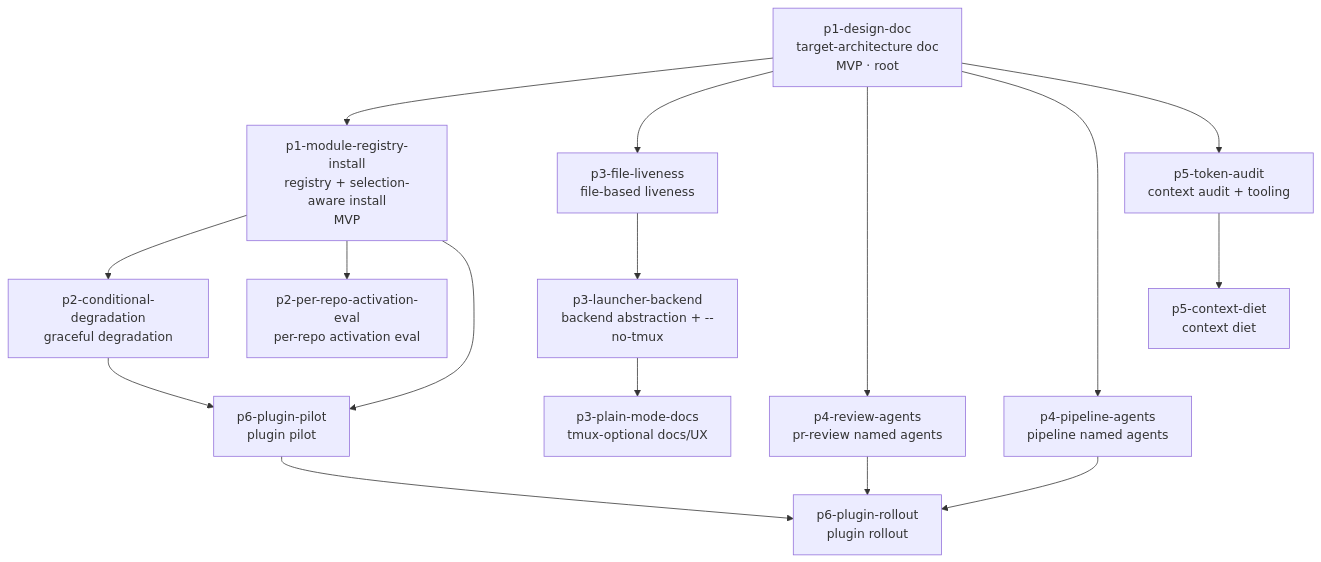
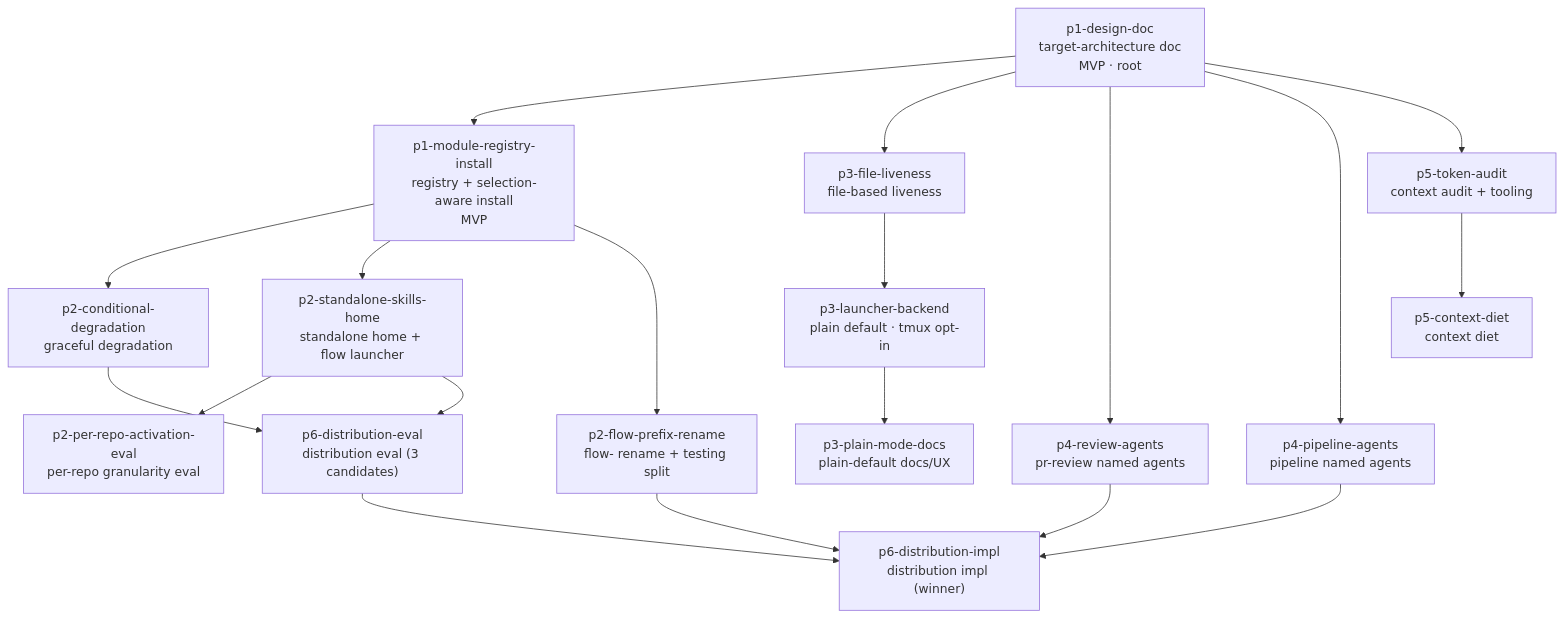
The diagram in .flow/epics/major-refactor-flow-modular-plugin/design.md (gavingolden/flow), drawn with Mermaid before and after one commit. The commit also changed other lines of this file and 1 other file, not shown here.

First line of the commit message:
feat(epic): fold design-review redirect into epic

````diff
--- a/.flow/epics/major-refactor-flow-modular-plugin/design.md
+++ b/.flow/epics/major-refactor-flow-modular-plugin/design.md
@@ -302,31 +466,36 @@
 ```mermaid
 graph TD
     n1["p1-design-doc<br/>target-architecture doc<br/>MVP · root"]
     n2["p1-module-registry-install<br/>registry + selection-aware install<br/>MVP"]
     n3["p2-conditional-degradation<br/>graceful degradation"]
-    n4["p2-per-repo-activation-eval<br/>per-repo activation eval"]
-    n5["p3-file-liveness<br/>file-based liveness"]
-    n6["p3-launcher-backend<br/>backend abstraction + --no-tmux"]
-    n7["p3-plain-mode-docs<br/>tmux-optional docs/UX"]
-    n8["p4-review-agents<br/>pr-review named agents"]
-    n9["p4-pipeline-agents<br/>pipeline named agents"]
-    n10["p5-token-audit<br/>context audit + tooling"]
-    n11["p5-context-diet<br/>context diet"]
-    n12["p6-plugin-pilot<br/>plugin pilot"]
-    n13["p6-plugin-rollout<br/>plugin rollout"]
+    n4["p2-standalone-skills-home<br/>standalone home + flow launcher"]
+    n5["p2-flow-prefix-rename<br/>flow- rename + testing split"]
+    n6["p2-per-repo-activation-eval<br/>per-repo granularity eval"]
+    n7["p3-file-liveness<br/>file-based liveness"]
+    n8["p3-launcher-backend<br/>plain default · tmux opt-in"]
+    n9["p3-plain-mode-docs<br/>plain-default docs/UX"]
+    n10["p4-review-agents<br/>pr-review named agents"]
+    n11["p4-pipeline-agents<br/>pipeline named agents"]
+    n12["p5-token-audit<br/>context audit + tooling"]
+    n13["p5-context-diet<br/>context diet"]
+    n14["p6-distribution-eval<br/>distribution eval (3 candidates)"]
+    n15["p6-distribution-impl<br/>distribution impl (winner)"]
     n1 --> n2
-    n1 --> n5
-    n1 --> n8
-    n1 --> n9
+    n1 --> n7
     n1 --> n10
+    n1 --> n11
+    n1 --> n12
     n2 --> n3
     n2 --> n4
-    n2 --> n12
-    n3 --> n12
-    n5 --> n6
-    n6 --> n7
-    n8 --> n13
-    n9 --> n13
-    n10 --> n11
+    n2 --> n5
+    n4 --> n6
+    n3 --> n14
+    n4 --> n14
+    n7 --> n8
+    n8 --> n9
     n12 --> n13
+    n14 --> n15
+    n10 --> n15
+    n11 --> n15
+    n5 --> n15
 ```
````
